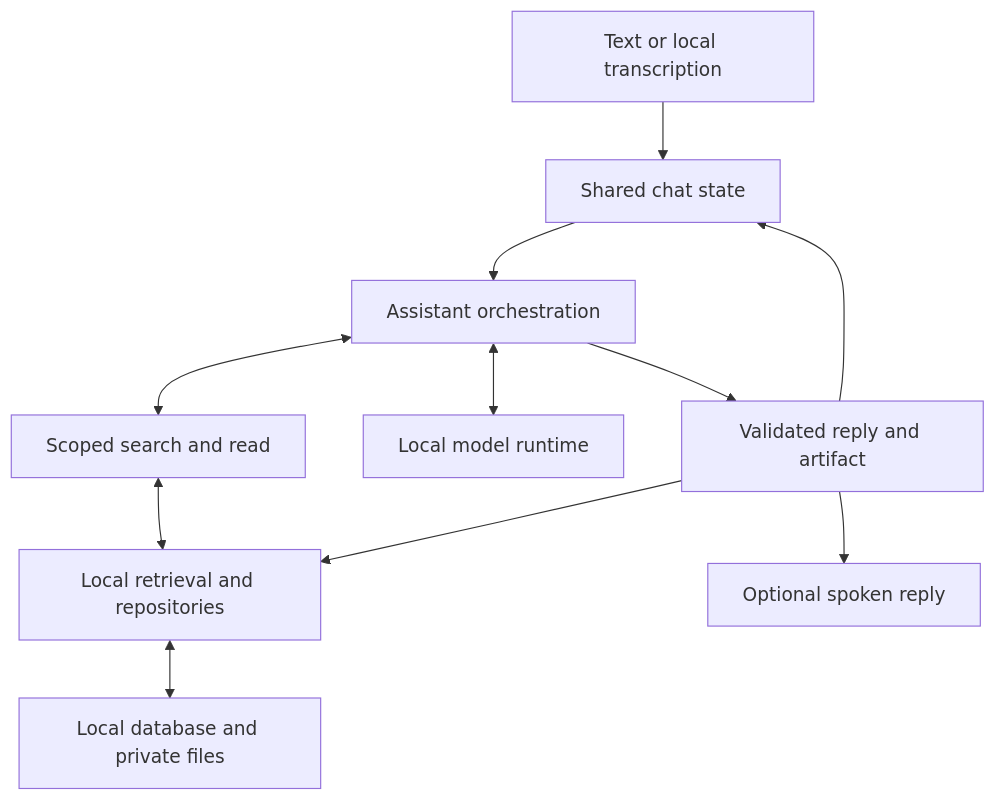
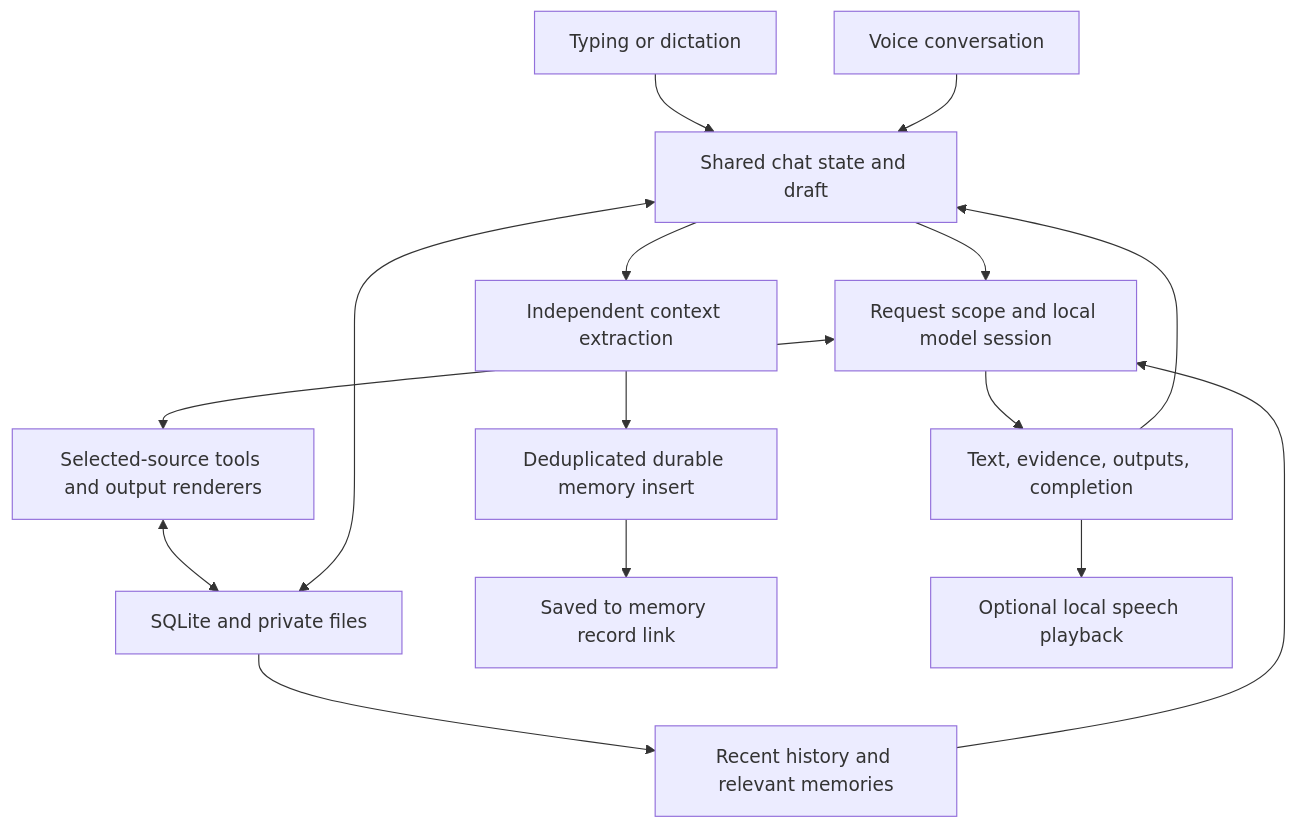
The diagram in docs/architecture.md (knnymrls/LocalGPT), drawn with Mermaid before and after one commit. The commit also changed other lines of this file and 72 other files, not shown here.

Commit message:
Connect local assistant services and durable memory receipts

````diff
--- a/docs/architecture.md
+++ b/docs/architecture.md
@@ -67,13 +17,17 @@
 ```mermaid
 flowchart TD
-  INPUT[Text or local transcription] --> S[Shared chat state]
-  S --> A[Assistant orchestration]
-  A <--> T[Scoped search and read]
-  T <--> R[Local retrieval and repositories]
-  R <--> DB[Local database and private files]
-  A <--> M[Local model runtime]
-  A --> V[Validated reply and artifact]
-  V --> S
-  V --> R
-  V --> SP[Optional spoken reply]
+  Keyboard[Typing or dictation] --> Chat[Shared chat state and draft]
+  Voice[Voice conversation] --> Chat
+  Chat --> Agent[Request scope and local model session]
+  Agent <--> Tools[Selected-source tools and output renderers]
+  Tools <--> Store[SQLite and private files]
+  Chat <--> Store
+  Chat --> Memory[Independent context extraction]
+  Memory --> Commit[Deduplicated durable memory insert]
+  Commit --> Receipt[Saved to memory record link]
+  Store --> Context[Recent history and relevant memories]
+  Context --> Agent
+  Agent --> Events[Text, evidence, outputs, completion]
+  Events --> Chat
+  Events --> Playback[Optional local speech playback]
 ```
````
